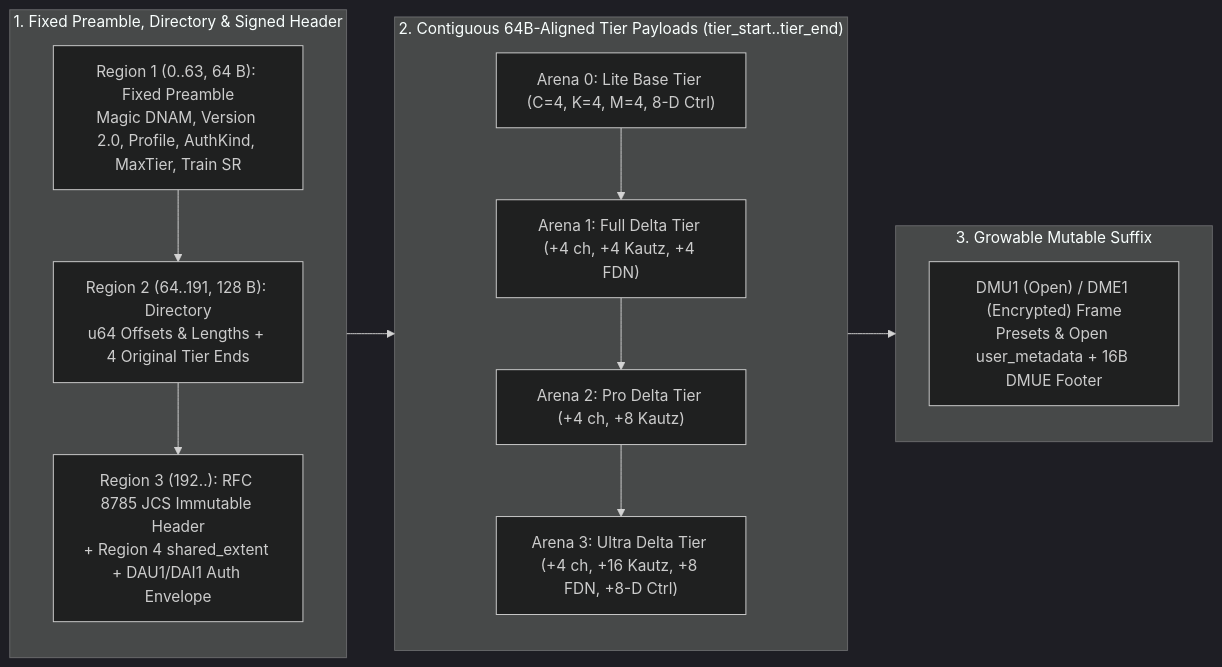
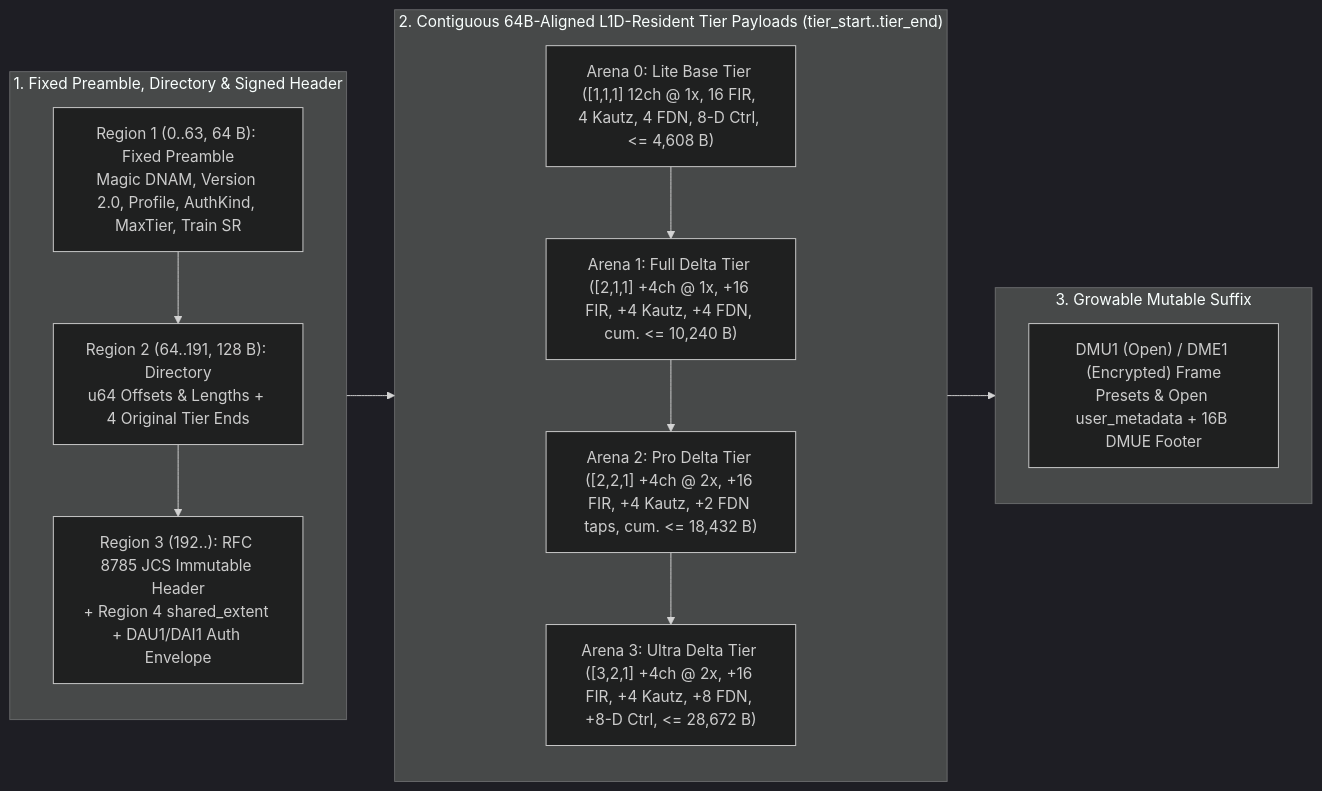
The diagram in docs/specs/containers/dnam_binary_format.md (mokugen/dnam), drawn with Mermaid (dark theme) before and after one commit. The commit also changed other lines of this file and 457 other files, not shown here.

First line of the commit message:
feat(engine,capture,ui,docs): checkpoint TORA v3 Matryoshka architecture, REQ-1.9 specs, and zero-barrel UI/SDK

````diff
--- a/docs/specs/containers/dnam_binary_format.md
+++ b/docs/specs/containers/dnam_binary_format.md
@@ -35,25 +35,25 @@
 ```mermaid
 flowchart LR
     subgraph Header ["1. Fixed Preamble, Directory & Signed Header"]
         direction TB
         P["Region 1 (0..63, 64 B): Fixed Preamble<br/>Magic DNAM, Version 2.0, Profile, AuthKind, MaxTier, Train SR"]
         D["Region 2 (64..191, 128 B): Directory<br/>u64 Offsets & Lengths + 4 Original Tier Ends"]
         H["Region 3 (192..): RFC 8785 JCS Immutable Header<br/>+ Region 4 shared_extent + DAU1/DAI1 Auth Envelope"]
         P --> D --> H
     end
 
-    subgraph Arenas ["2. Contiguous 64B-Aligned Tier Payloads (tier_start..tier_end)"]
+    subgraph Arenas ["2. Contiguous 64B-Aligned L1D-Resident Tier Payloads (tier_start..tier_end)"]
         direction TB
-        A0["Arena 0: Lite Base Tier (C=4, K=4, M=4, 8-D Ctrl)"]
-        A1["Arena 1: Full Delta Tier (+4 ch, +4 Kautz, +4 FDN)"]
-        A2["Arena 2: Pro Delta Tier (+4 ch, +8 Kautz)"]
-        A3["Arena 3: Ultra Delta Tier (+4 ch, +16 Kautz, +8 FDN, +8-D Ctrl)"]
+        A0["Arena 0: Lite Base Tier ([1,1,1] 12ch @ 1x, 16 FIR, 4 Kautz, 4 FDN, 8-D Ctrl, <= 4,608 B)"]
+        A1["Arena 1: Full Delta Tier ([2,1,1] +4ch @ 1x, +16 FIR, +4 Kautz, +4 FDN, cum. <= 10,240 B)"]
+        A2["Arena 2: Pro Delta Tier ([2,2,1] +4ch @ 2x, +16 FIR, +4 Kautz, +2 FDN taps, cum. <= 18,432 B)"]
+        A3["Arena 3: Ultra Delta Tier ([3,2,1] +4ch @ 2x, +16 FIR, +4 Kautz, +8 FDN, +8-D Ctrl, <= 28,672 B)"]
         A0 --> A1 --> A2 --> A3
     end
 
     subgraph Suffix ["3. Growable Mutable Suffix"]
         M["DMU1 (Open) / DME1 (Encrypted) Frame<br/>Presets & Open user_metadata + 16B DMUE Footer"]
     end
 
     Header --> Arenas --> Suffix
 ```
````
